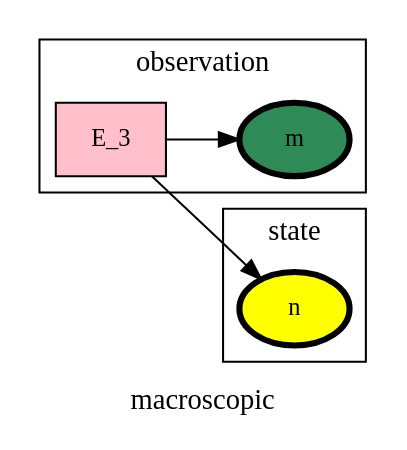
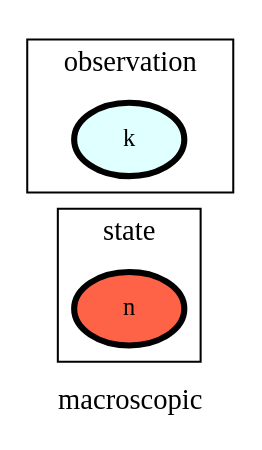
Before and after one commit to heinz-preisig/processes_distributed_no_interface_eqs: the diagram in ontology_graphs/graph__macroscopic.dot, drawn with Graphviz. The commit also changed 72 other files, not shown here.

```diff
--- a/ontology_graphs/graph__macroscopic.dot
+++ b/ontology_graphs/graph__macroscopic.dot
@@ -1,84 +1,81 @@
 digraph macroscopic {
 label=macroscopic;
 rankdir=LR;
 subgraph cluster_macroscopic___transport {
 label=transport;
 rankdir=LR;
 }
 
 subgraph cluster_macroscopic___geometry {
 label=geometry;
 rankdir=LR;
 }
 
 subgraph cluster_macroscopic___properties {
 label=properties;
 rankdir=LR;
 }
 
 subgraph cluster_macroscopic___network {
 label=network;
 rankdir=LR;
 }
 
 subgraph cluster_macroscopic___differenceOperator {
 label=differenceOperator;
 rankdir=LR;
 }
 
 subgraph cluster_macroscopic___frame {
 label=frame;
 rankdir=LR;
 }
 
 subgraph cluster_macroscopic___state {
 label=state;
 rankdir=LR;
-V_1 [fillcolor=yellow, fontsize=12, label=n, penwidth=3, style=filled];
+V_1 [fillcolor=tomato, fontsize=12, label=n, penwidth=3, style=filled];
 }
 
 subgraph cluster_macroscopic___constant {
 label=constant;
 rankdir=LR;
 }
 
 subgraph cluster_macroscopic___effort {
 label=effort;
 rankdir=LR;
 }
 
 subgraph cluster_macroscopic___secondaryState {
 label=secondaryState;
 rankdir=LR;
 }
 
 subgraph cluster_macroscopic___conversion {
 label=conversion;
 rankdir=LR;
 }
 
 subgraph cluster_macroscopic___diffState {
 label=diffState;
 rankdir=LR;
 }
 
 subgraph cluster_macroscopic___internalTransport {
 label=internalTransport;
 rankdir=LR;
 }
 
 subgraph cluster_macroscopic___controlInput {
 label=controlInput;
 rankdir=LR;
 }
 
-E_3 -> V_1  [splines=ortho];
 subgraph cluster_macroscopic___observation {
 label=observation;
 rankdir=LR;
-V_4 [fillcolor=seagreen4, fontsize=12, label=m, penwidth=3, style=filled];
-E_3 [fillcolor=pink, fontsize=12, shape=box, style=filled];
-E_3 -> V_4  [splines=ortho];
+V_2 [fillcolor=lightcyan, fontsize=12, label=k, penwidth=3, style=filled];
 }
 
 }
```
